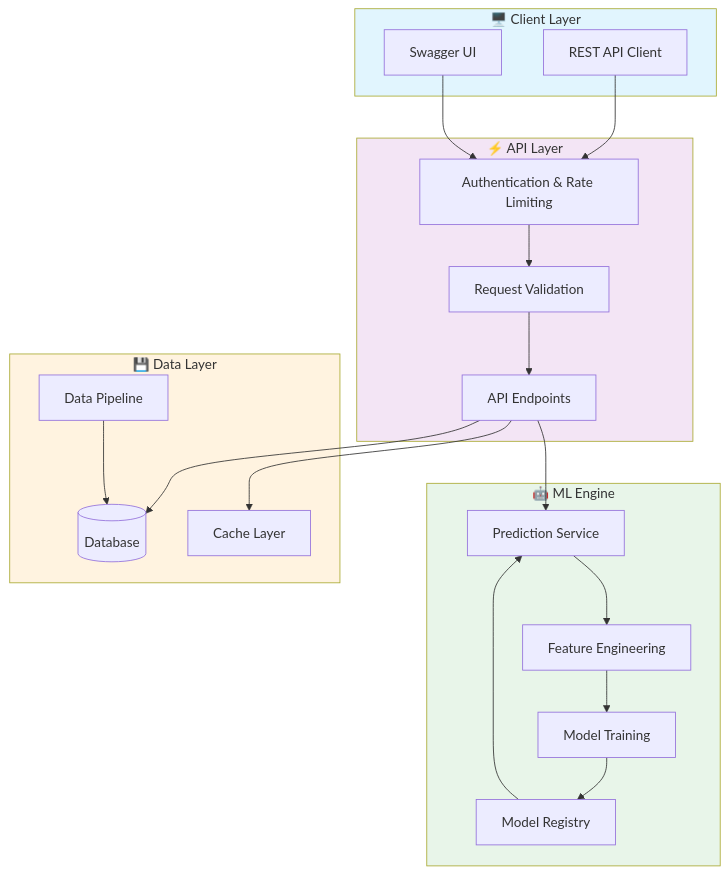
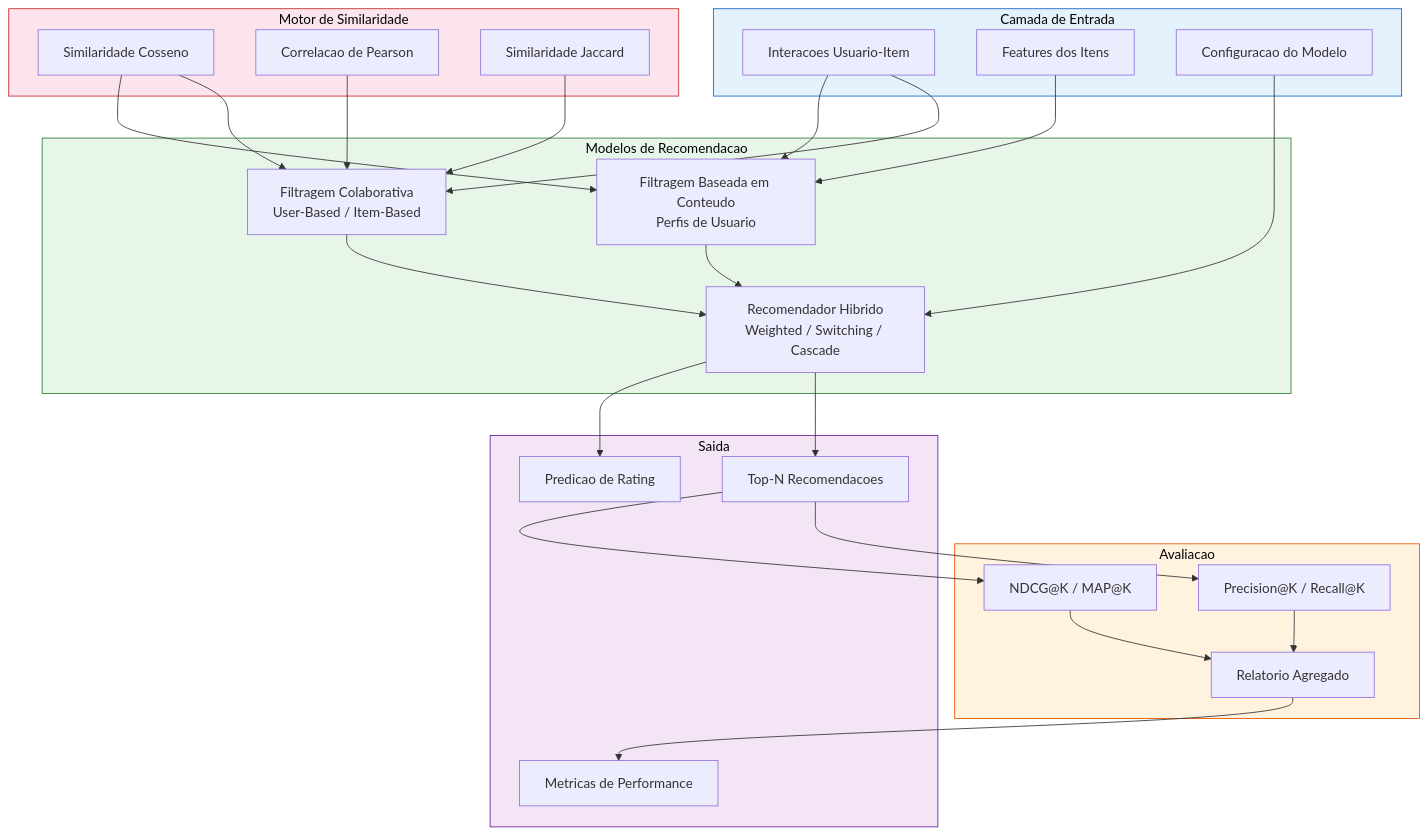
One commit to galafis/recommender-systems-engine changed the first of 4 diagrams in README.md. Above: the diagram before and after it, drawn with Mermaid. The commit also changed other lines of this file, not shown here.

````diff
--- a/README.md
+++ b/README.md
@@ -36,42 +52,60 @@
 ```mermaid
-graph TB
-    subgraph Client["🖥️ Client Layer"]
-        A[REST API Client]
-        B[Swagger UI]
+graph TD
+    subgraph INPUT["Camada de Entrada"]
+        A[Interacoes Usuario-Item]
+        B[Features dos Itens]
+        C[Configuracao do Modelo]
     end
-    
-    subgraph API["⚡ API Layer"]
-        C[Authentication & Rate Limiting]
-        D[Request Validation]
-        E[API Endpoints]
+
+    subgraph SIMILARITY["Motor de Similaridade"]
+        D[Similaridade Cosseno]
+        E[Correlacao de Pearson]
+        F[Similaridade Jaccard]
     end
-    
-    subgraph ML["🤖 ML Engine"]
-        F[Feature Engineering]
-        G[Model Training]
-        H[Prediction Service]
-        I[Model Registry]
+
+    subgraph MODELS["Modelos de Recomendacao"]
+        G[Filtragem Colaborativa<br/>User-Based / Item-Based]
+        H[Filtragem Baseada em Conteudo<br/>Perfis de Usuario]
+        I[Recomendador Hibrido<br/>Weighted / Switching / Cascade]
     end
-    
-    subgraph Data["💾 Data Layer"]
-        J[(Database)]
-        K[Cache Layer]
-        L[Data Pipeline]
+
+    subgraph EVAL["Avaliacao"]
+        J["Precision@K / Recall@K"]
+        K["NDCG@K / MAP@K"]
+        L[Relatorio Agregado]
     end
-    
-    A --> C
-    B --> C
-    C --> D --> E
-    E --> H
-    E --> J
-    H --> F --> G
+
+    subgraph OUTPUT["Saida"]
+        M[Top-N Recomendacoes]
+        N[Predicao de Rating]
+        O[Metricas de Performance]
+    end
+
+    A --> G
+    A --> H
+    B --> H
+    C --> I
+
+    D --> G
+    E --> G
+    F --> G
+    D --> H
+
     G --> I
-    I --> H
-    E --> K
-    L --> J
-    
-    style Client fill:#e1f5fe
-    style API fill:#f3e5f5
-    style ML fill:#e8f5e9
-    style Data fill:#fff3e0
+    H --> I
+
+    M --> J
+    M --> K
+    J --> L
+    K --> L
+
+    I --> M
+    I --> N
+    L --> O
+
+    style INPUT fill:#e3f2fd,stroke:#1565c0,color:#000
+    style SIMILARITY fill:#fce4ec,stroke:#c62828,color:#000
+    style MODELS fill:#e8f5e9,stroke:#2e7d32,color:#000
+    style EVAL fill:#fff3e0,stroke:#e65100,color:#000
+    style OUTPUT fill:#f3e5f5,stroke:#6a1b9a,color:#000
 ```
````
